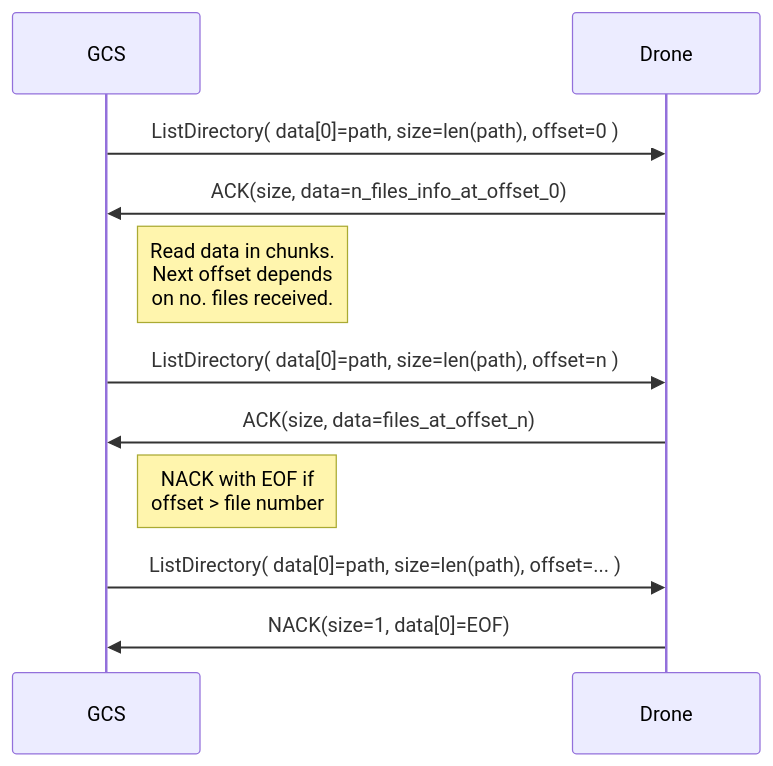
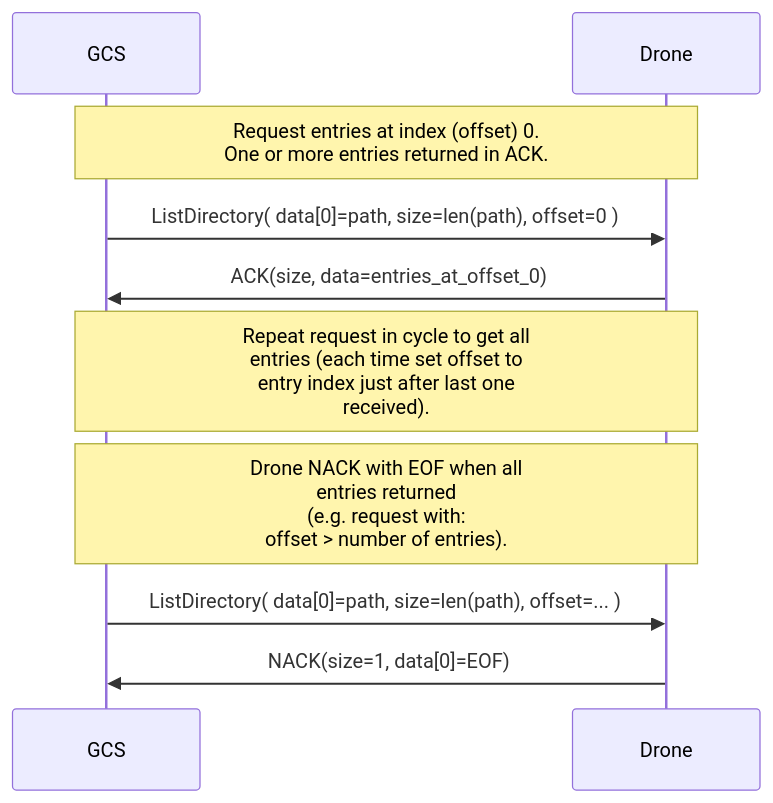
One commit to mavlink/mavlink-devguide changed the fifth of 7 diagrams in en/services/ftp.md. Above: the diagram before and after it, drawn with Mermaid. The commit also changed other lines of this file, not shown here.

Commit message:
Clarify that offset is an index

```diff
--- a/en/services/ftp.md
+++ b/en/services/ftp.md
@@ -293,13 +292,12 @@
 {% mermaid %}
 sequenceDiagram;
     participant GCS
     participant Drone
-    GCS->>Drone:  ListDirectory( data[0]=path, size=len(path), offset=0 )
-    Drone->>GCS: ACK(size, data=n_files_info_at_offset_0)
-    Note right of GCS: Read data in chunks.<br>Next offset depends<br>on no. files received.
-    GCS->>Drone:  ListDirectory( data[0]=path, size=len(path), offset=n )
-    Drone->>GCS: ACK(size, data=files_at_offset_n)
-    Note right of GCS: NACK with EOF if<br>offset > file number
+    Note over GCS,Drone: Request entries at index (offset) 0.<br>One or more entries returned in ACK.
+    GCS->>Drone: ListDirectory( data[0]=path, size=len(path), offset=0 )
+    Drone->>GCS: ACK(size, data=entries_at_offset_0)
+    Note over GCS,Drone: Repeat request in cycle to get all<br>entries (each time set offset to<br>entry index just after last one<br>received).
+    Note over GCS,Drone: Drone NACK with EOF when all<br>entries returned<br>(e.g. request with:<br>offset > number of entries).
     GCS->>Drone:  ListDirectory( data[0]=path, size=len(path), offset=... )
     Drone->>GCS: NACK(size=1, data[0]=EOF)
 {% endmermaid %}
```
